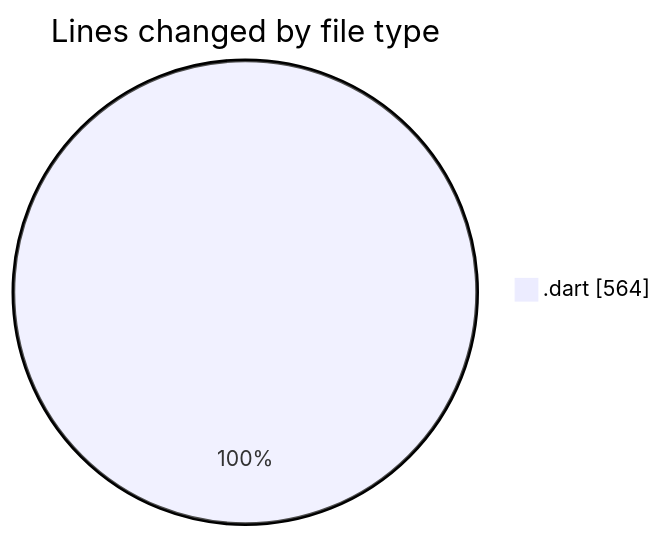
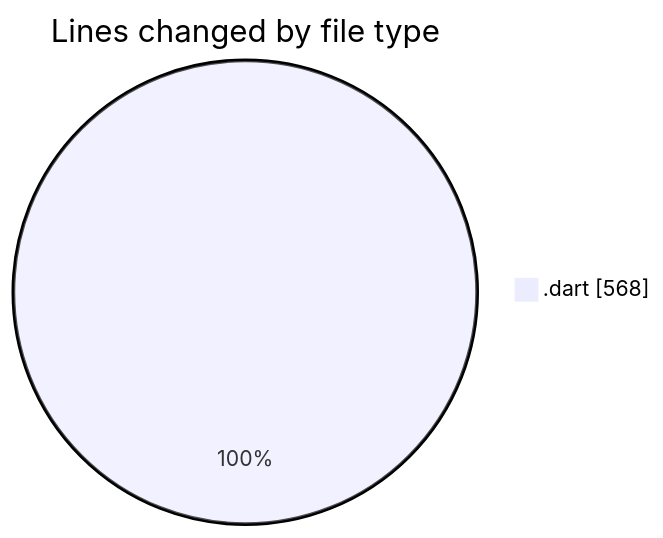
Before and after one commit to donsfak/code-tracking: the first of 2 diagrams in 2025-03-25/wordle/README.md, drawn with Mermaid. The commit also changed other lines of this file and 1 other file, not shown here.

````diff
--- a/2025-03-25/wordle/README.md
+++ b/2025-03-25/wordle/README.md
@@ -28,5 +28,5 @@
 ```mermaid
 pie showData
 title Lines changed by file type
-".dart" : 564
+".dart" : 568
 ```
````
